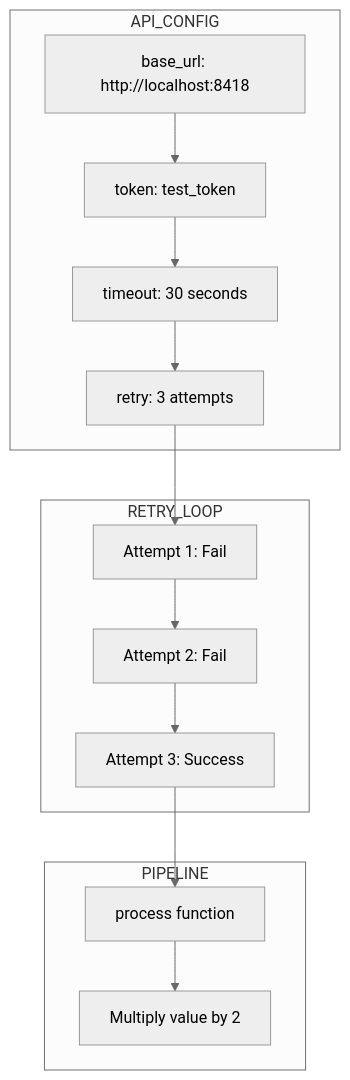
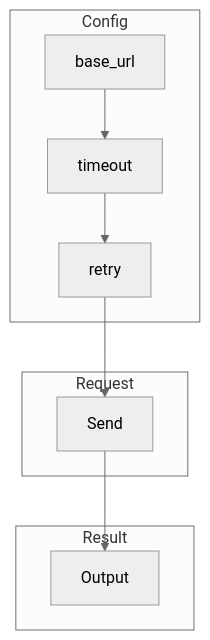
Before and after one commit to wisrovi/wpipe: the third of 5 diagrams in examples/api_pipeline/06_full_config/README.md, drawn with Mermaid (neutral theme). The commit also changed other lines of this file and 20 other files, not shown here.

First line of the commit message:
Simplify Mermaid diagrams for better rendering

````diff
--- a/examples/api_pipeline/06_full_config/README.md
+++ b/examples/api_pipeline/06_full_config/README.md
@@ -39,23 +38,21 @@
 ```mermaid
 graph TB
-    subgraph API_CONFIG
-        A1[base_url: http://localhost:8418]
-        A2[token: test_token]
-        A3[timeout: 30 seconds]
-        A4[retry: 3 attempts]
+    subgraph Config
+        A[base_url]
+        B[timeout]
+        C[retry]
     end
     
-    subgraph RETRY_LOOP
-        R1[Attempt 1: Fail]
-        R2[Attempt 2: Fail]
-        R3[Attempt 3: Success]
+    subgraph Request
+        D[Send]
     end
     
-    subgraph PIPELINE
-        P1[process function]
-        P2[Multiply value by 2]
+    subgraph Result
+        E[Output]
     end
     
-    A1 --> A2 --> A3 --> A4
-    A4 --> R1 --> R2 --> R3 --> P1 --> P2
+    A --> B
+    B --> C
+    C --> D
+    D --> E
 ```
````
